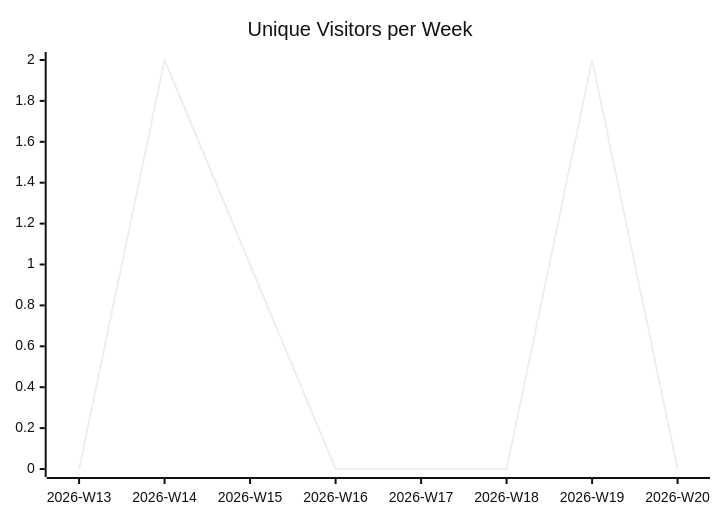
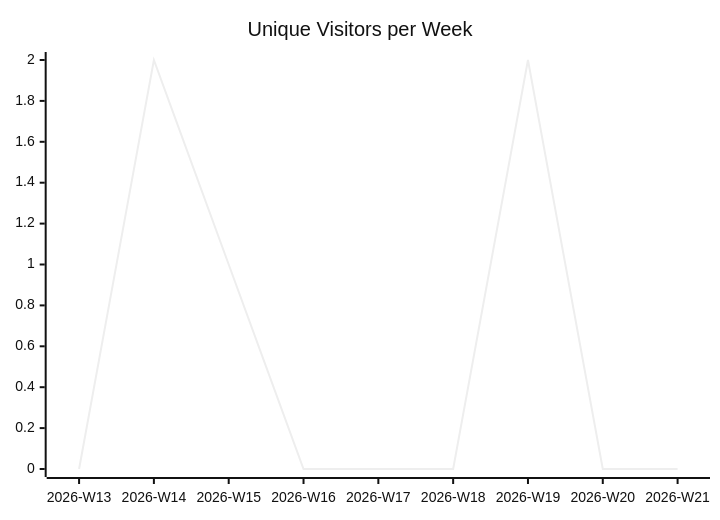
Before and after one commit to justdavis-family/github-analytics-data: the first of 3 diagrams in karlmdavis/justdavis-ansible/README.md, drawn with Mermaid (neutral theme). The commit also changed other lines of this file and 189 other files, not shown here.

````diff
--- a/karlmdavis/justdavis-ansible/README.md
+++ b/karlmdavis/justdavis-ansible/README.md
@@ -5,6 +5,6 @@
 ```mermaid
 xychart-beta
   title "Unique Visitors per Week"
-  x-axis ["2026-W13", "2026-W14", "2026-W15", "2026-W16", "2026-W17", "2026-W18", "2026-W19", "2026-W20"]
-  line [0, 2, 1, 0, 0, 0, 2, 0]
+  x-axis ["2026-W13", "2026-W14", "2026-W15", "2026-W16", "2026-W17", "2026-W18", "2026-W19", "2026-W20", "2026-W21"]
+  line [0, 2, 1, 0, 0, 0, 2, 0, 0]
 ```
````
